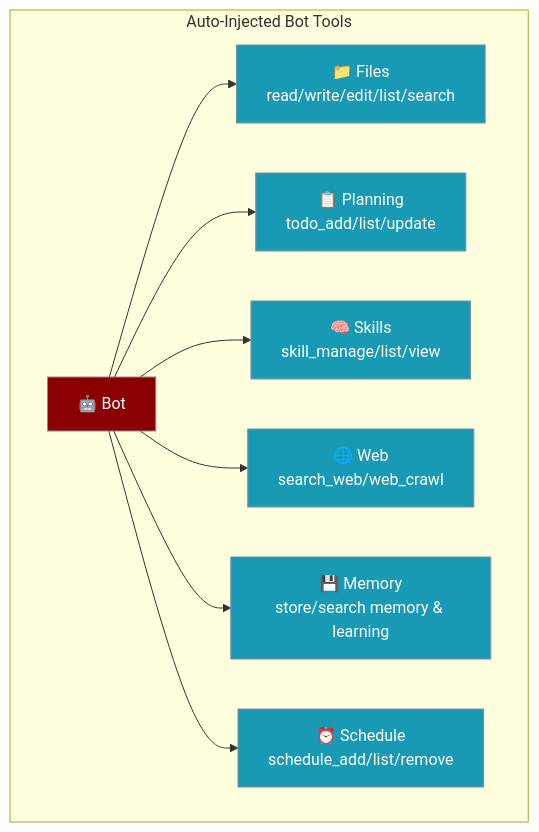
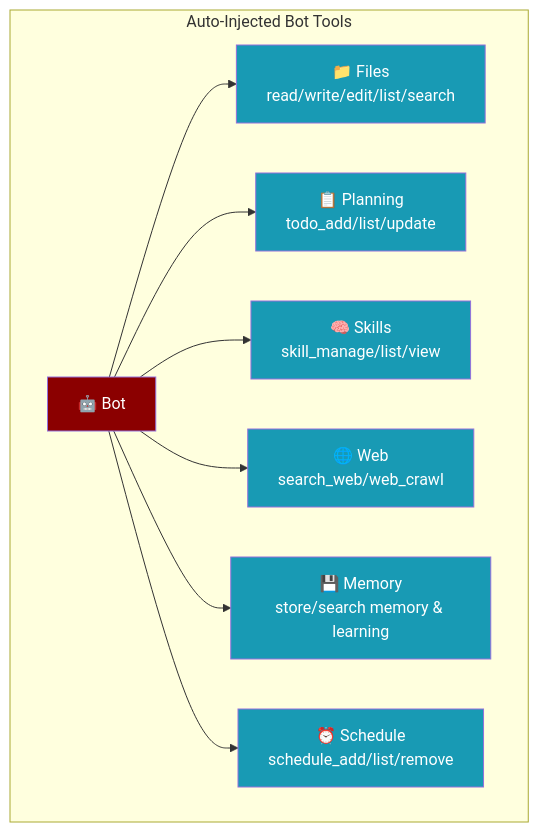
Before and after one commit to MervinPraison/PraisonAIDocs: the first of 2 diagrams in docs/features/bot-default-tools.mdx, drawn with Mermaid. The commit also changed 24 other files, not shown here.

````diff
--- a/docs/features/bot-default-tools.mdx
+++ b/docs/features/bot-default-tools.mdx
@@ -10,16 +10,16 @@
 ```mermaid
 graph TB
     subgraph "Auto-Injected Bot Tools"
         BOT[🤖 Bot]
         BOT --> FILE[📁 Files<br/>read/write/edit/list/search]
         BOT --> PLAN[📋 Planning<br/>todo_add/list/update]
         BOT --> SKILL[🧠 Skills<br/>skill_manage/list/view]
         BOT --> WEB[🌐 Web<br/>search_web/web_crawl]
         BOT --> MEM[💾 Memory<br/>store/search memory & learning]
         BOT --> SCHED[⏰ Schedule<br/>schedule_add/list/remove]
     end
-    classDef bot fill:#8B0000,stroke:#7C90A0,color:#fff
-    classDef cat fill:#189AB4,stroke:#7C90A0,color:#fff
-    class BOT bot
-    class FILE,PLAN,SKILL,WEB,MEM,SCHED cat
+    classDef agent fill:#8B0000,color:#fff
+    classDef tool fill:#189AB4,color:#fff
+    class BOT agent
+    class FILE,PLAN,SKILL,WEB,MEM,SCHED tool
 ```
````
